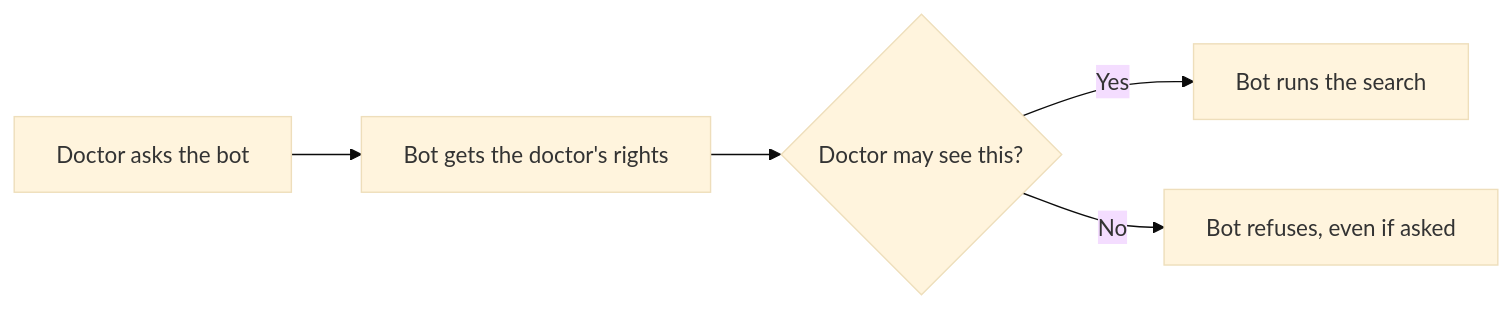
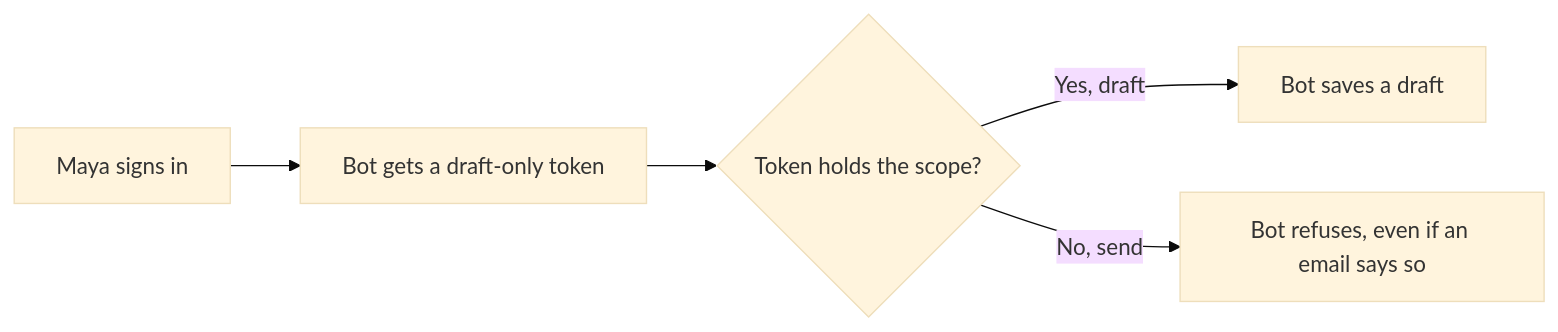
Before and after one commit to learnwithparam/agentic-ai-live-labs: the diagram in docs/labs/25-act-for-user.md, drawn with Mermaid (base theme). The commit also changed other lines of this file and 46 other files, not shown here.

````diff
--- a/docs/labs/25-act-for-user.md
+++ b/docs/labs/25-act-for-user.md
@@ -7,7 +7,7 @@
 ```mermaid
 flowchart LR
-  A["Doctor asks the bot"] --> B["Bot gets the doctor's rights"]
-  B --> C{"Doctor may see this?"}
-  C -->|"Yes"| D["Bot runs the search"]
-  C -->|"No"| E["Bot refuses, even if asked"]
+  A["Maya signs in"] --> B["Bot gets a draft-only token"]
+  B --> C{"Token holds the scope?"}
+  C -->|"Yes, draft"| D["Bot saves a draft"]
+  C -->|"No, send"| E["Bot refuses, even if an email says so"]
 ```
````
